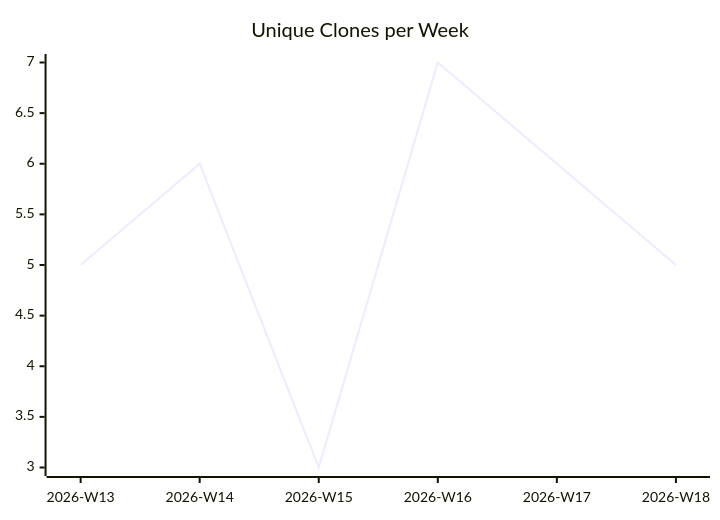
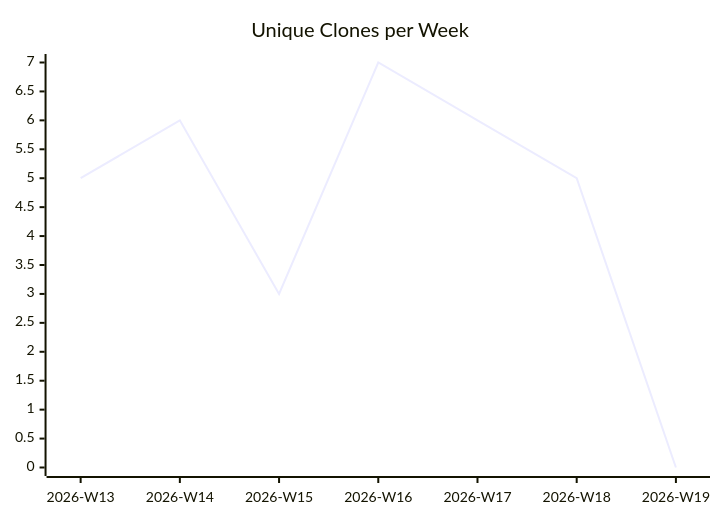
Before and after one commit to justdavis-family/github-analytics-data: the third of 3 diagrams in karlmdavis/kxml2/README.md, drawn with Mermaid. The commit also changed other lines of this file and 187 other files, not shown here.

````diff
--- a/karlmdavis/kxml2/README.md
+++ b/karlmdavis/kxml2/README.md
@@ -19,6 +19,6 @@
 ```mermaid
 xychart-beta
   title "Unique Clones per Week"
-  x-axis ["2026-W13", "2026-W14", "2026-W15", "2026-W16", "2026-W17", "2026-W18"]
-  line [5, 6, 3, 7, 6, 5]
+  x-axis ["2026-W13", "2026-W14", "2026-W15", "2026-W16", "2026-W17", "2026-W18", "2026-W19"]
+  line [5, 6, 3, 7, 6, 5, 0]
 ```
````
